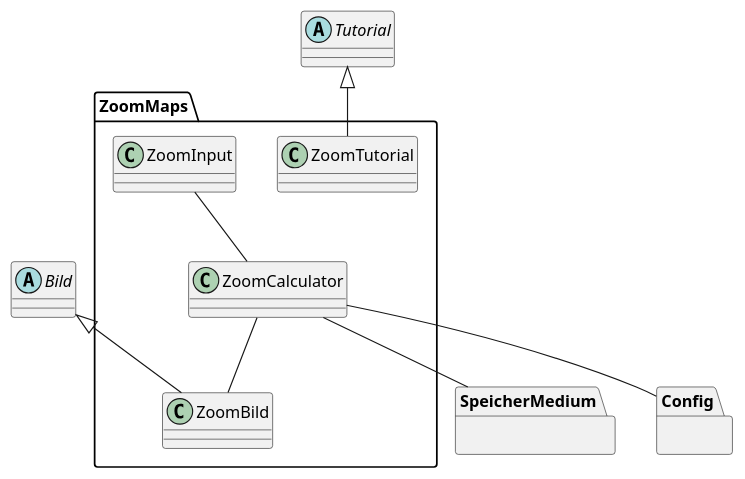
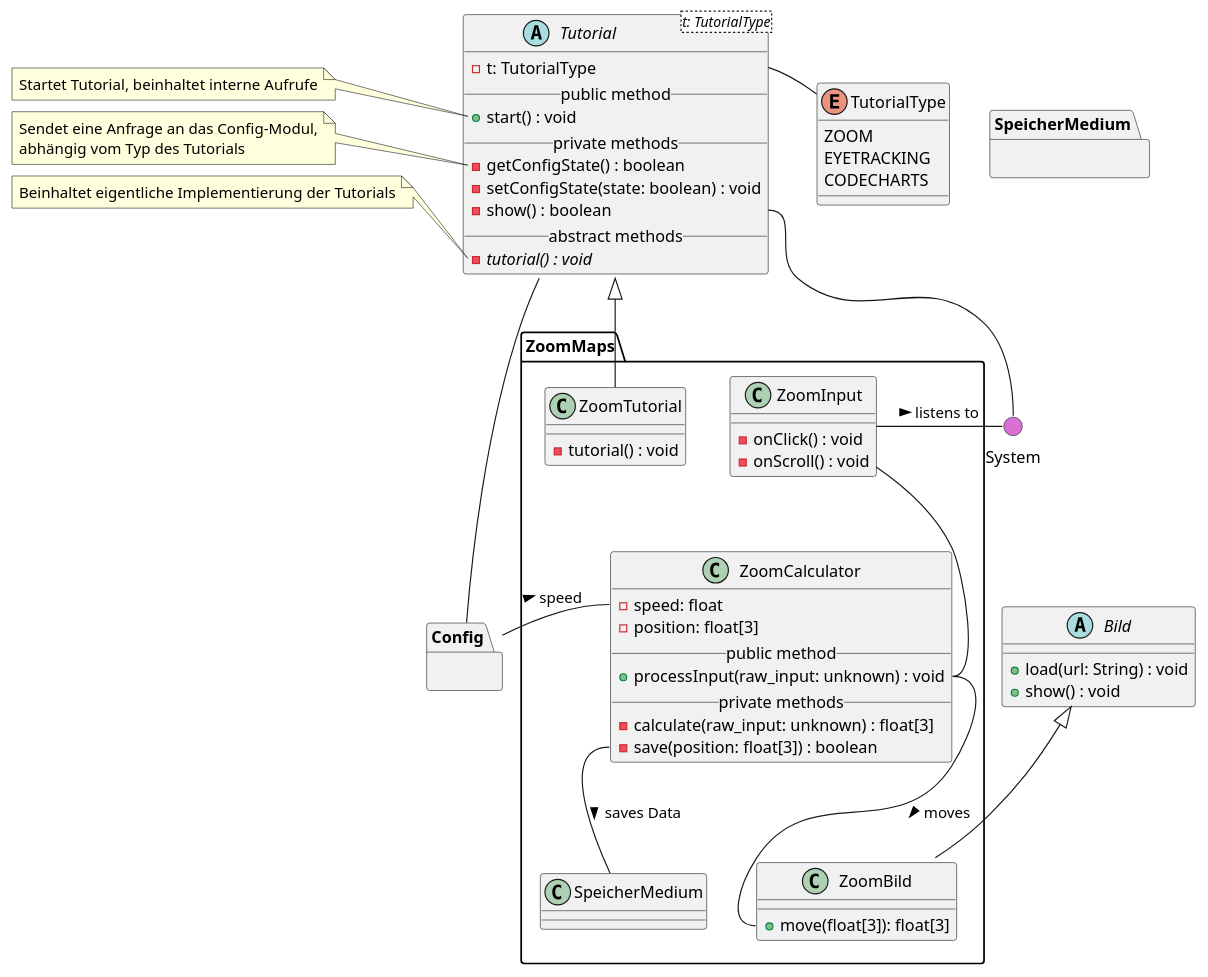
Before and after one commit to weichware10/meilensteine: the diagram in meilenstein_03/uml-zoommaps/zoommaps.puml, drawn with PlantUML. The commit also changed 3 other files, not shown here.

```diff
--- a/meilenstein_03/uml-zoommaps/zoommaps.puml
+++ b/meilenstein_03/uml-zoommaps/zoommaps.puml
@@ -1,38 +1,93 @@
 @startuml zoommaps
+' skinparam backgroundColor transparent
+() System #DA70D5
+top to bottom direction
 
-abstract Bild
-abstract Tutorial
+' --- TUTORIAL ---
+abstract Tutorial<t: TutorialType> {
+  - t: TutorialType
+  __public method__
+  + start() : void
+  __private methods__
+  - getConfigState() : boolean
+  - setConfigState(state: boolean) : void
+  - show() : boolean
+  __abstract methods__
+  - {abstract} tutorial() : void
+}
+
+note left of Tutorial::start
+    Startet Tutorial, beinhaltet interne Aufrufe
+end note
+note left of Tutorial::getConfigState
+    Sendet eine Anfrage an das Config-Modul,
+    abhängig vom Typ des Tutorials
+end note
+note left of Tutorial::tutorial
+    Beinhaltet eigentliche Implementierung der Tutorials
+end note
+
+enum TutorialType {
+  ZOOM
+  EYETRACKING
+  CODECHARTS
+}
+
+Tutorial::t -r- TutorialType
+Tutorial::show -- System
+Tutorial -- Config
+
+' --- BILD ---
+
+abstract Bild {
+  + load(url: String) : void
+  + show() : void
+}
+
 
 package ZoomMaps {
-  class ZoomTutorial {
 
+  class ZoomInput {
+    - onClick() : void
+    - onScroll() : void
   }
 
-  class ZoomInput {
+  class ZoomTutorial {
+    - tutorial() : void
   }
-
+  
   class ZoomCalculator {
+    - speed: float
+    - position: float[3]
+    __public method__
+    + processInput(raw_input: unknown) : void
+    __private methods__
+    - calculate(raw_input: unknown) : float[3]
+    - save(position: float[3]) : boolean
   }
 
   class ZoomBild {
+    + move(float[3]): float[3]
+  }
 
-  }
+
+  ' Vererbungen
+  Bild <|-- ZoomBild
+  Tutorial <|-- ZoomTutorial
+
+  ' Interaktionen
+  ZoomInput -- ZoomCalculator::processInput
+  ZoomCalculator::processInput  -- ZoomBild::move : > moves
+
+  ' Andere Module
+  ZoomCalculator::save -- SpeicherMedium : > saves Data
+  ZoomCalculator::speed -r- Config : < speed
+  ZoomInput -r- System : > listens to
   
 }
 
+package Config {}
+
 package SpeicherMedium {}
 
-package Config {}
-
-' Vererbungen
-Bild <|-- ZoomBild
-Tutorial <|-- ZoomTutorial
-
-' Interaktionen
-ZoomInput -- ZoomCalculator
-ZoomCalculator -- ZoomBild
-
-' Andere Module
-ZoomCalculator -- SpeicherMedium
-ZoomCalculator -- Config
 @enduml
```
